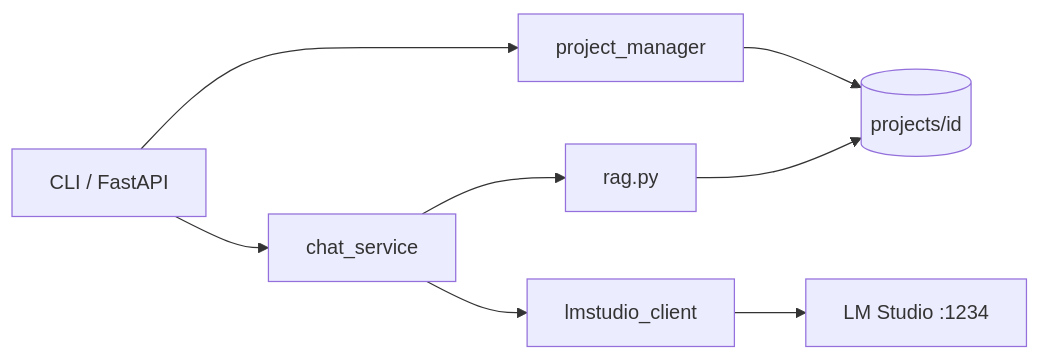
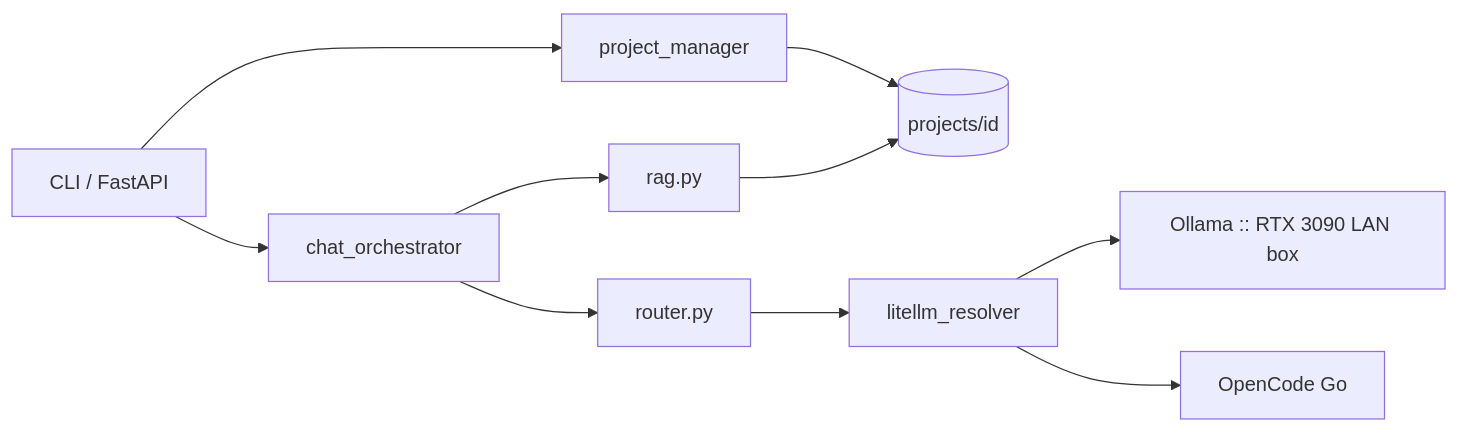
The diagram in README.md (appsdothingsiguess/AI-Mega-App), drawn with Mermaid before and after one commit. The commit also changed other lines of this file, not shown here.

First line of the commit message:
docs: update README for LM Studio removal and Ollama/LiteLLM router

````diff
--- a/README.md
+++ b/README.md
@@ -374,10 +357,12 @@
 ```mermaid
 flowchart LR
   CLI[CLI / FastAPI] --> PM[project_manager]
-  CLI --> CS[chat_service]
-  CS --> RAG[rag.py]
-  CS --> LM[lmstudio_client]
+  CLI --> CO[chat_orchestrator]
+  CO --> RAG[rag.py]
+  CO --> RT[router.py]
+  RT --> LR[litellm_resolver]
   PM --> FS[(projects/id)]
   RAG --> FS
-  LM --> LMS[LM Studio :1234]
+  LR --> OL[Ollama :: RTX 3090 LAN box]
+  LR --> OC[OpenCode Go]
 ```
````
